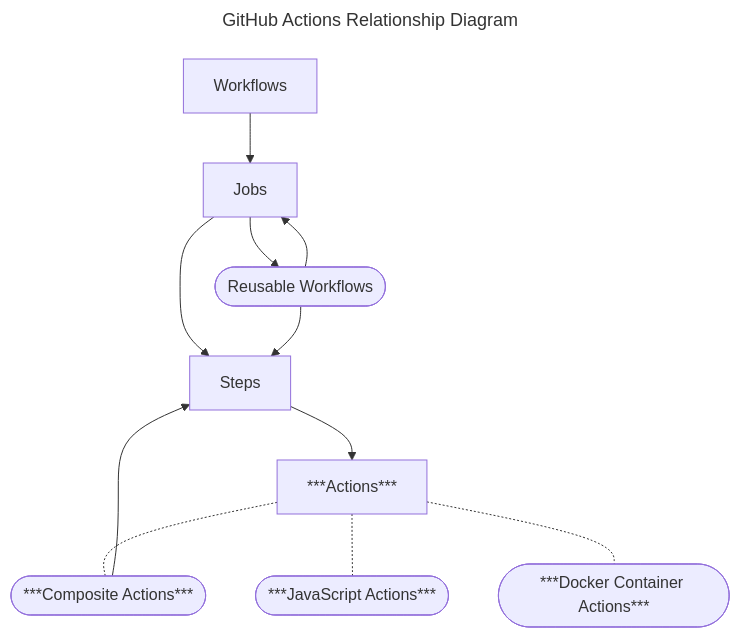
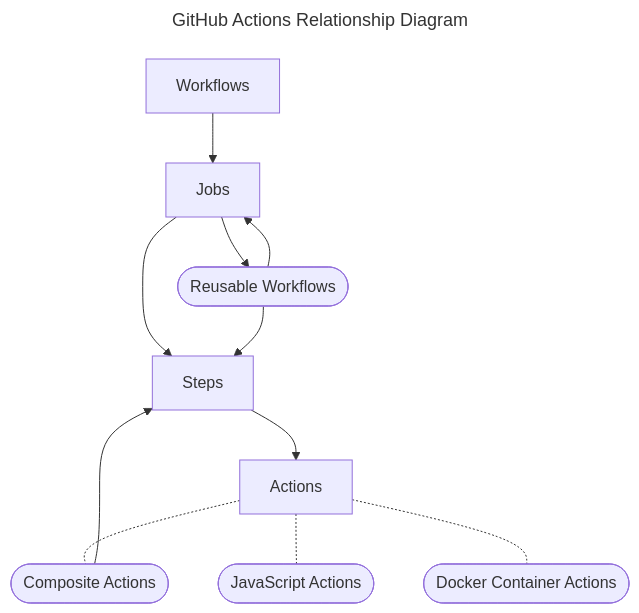
Before and after one commit to devantler-tech/actions: the diagram in README.md, drawn with Mermaid. The commit also changed other lines of this file and 54 other files, not shown here.

````diff
--- a/README.md
+++ b/README.md
@@ -8,16 +7,16 @@
 ```mermaid
 ---
 title: GitHub Actions Relationship Diagram
 ---
 flowchart TD
   A[Workflows] --> B[Jobs]
   B --> C([Reusable Workflows])
   B --> D[Steps]
   C --> D
   C --> B
-  D --> E[***Actions***]
-  E -.- F([***Composite Actions***])
+  D --> E[Actions]
+  E -.- F([Composite Actions])
   F --> D
-  E -.- G([***JavaScript Actions***])
-  E -.- H([***Docker Container Actions***])
+  E -.- G([JavaScript Actions])
+  E -.- H([Docker Container Actions])
 ```
````
